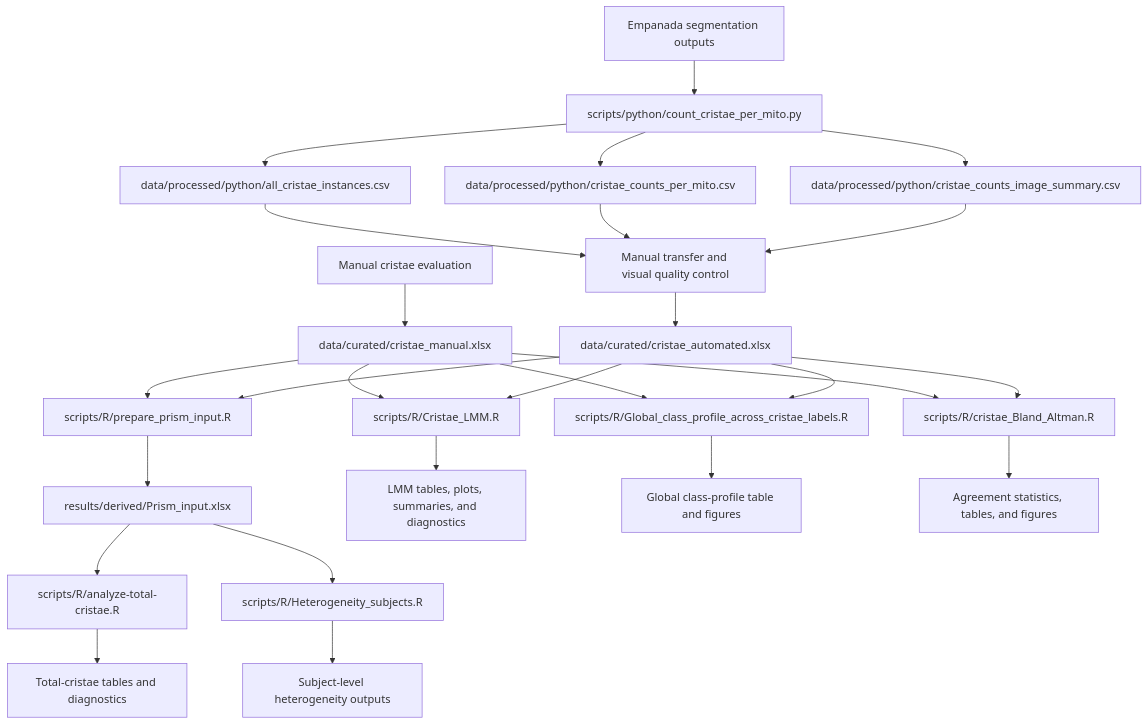
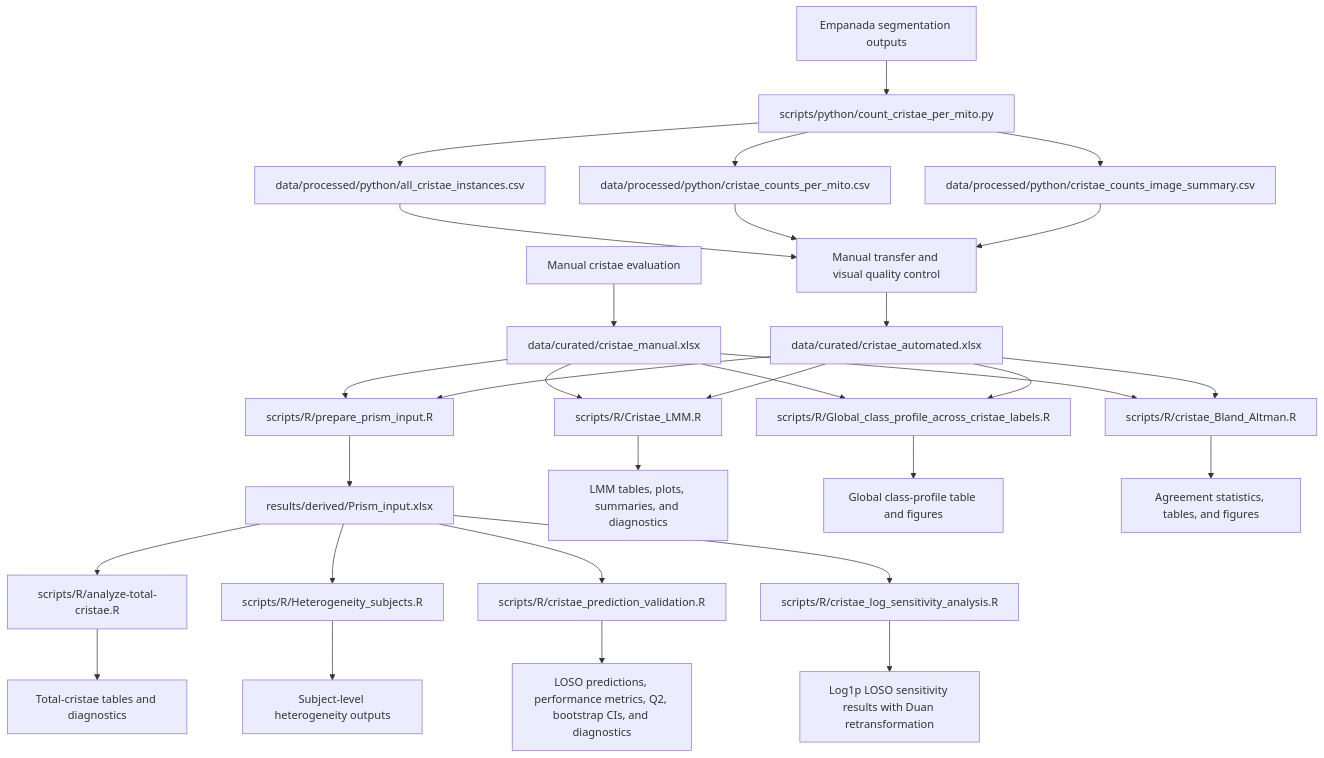
The diagram in README.md (nikolvolfova-web/Mitochondrial-Ultrastructure-Analysis), drawn with Mermaid before and after one commit. The commit also changed other lines of this file, not shown here.

Commit message:
Document predictive validation and sensitivity workflows

````diff
--- a/README.md
+++ b/README.md
@@ -76,36 +78,40 @@
 ```mermaid
 flowchart TD
     M1["Manual cristae evaluation"] --> M2["data/curated/cristae_manual.xlsx"]
 
     E1["Empanada segmentation outputs"] --> P["scripts/python/count_cristae_per_mito.py"]
     P --> C1["data/processed/python/all_cristae_instances.csv"]
     P --> C2["data/processed/python/cristae_counts_per_mito.csv"]
     P --> C3["data/processed/python/cristae_counts_image_summary.csv"]
 
     C1 --> Q["Manual transfer and visual quality control"]
     C2 --> Q
     C3 --> Q
     Q --> A["data/curated/cristae_automated.xlsx"]
 
     M2 --> PI["scripts/R/prepare_prism_input.R"]
     A --> PI
     PI --> PT["results/derived/Prism_input.xlsx"]
 
     PT --> T["scripts/R/analyze-total-cristae.R"]
     PT --> H["scripts/R/Heterogeneity_subjects.R"]
+    PT --> PV["scripts/R/cristae_prediction_validation.R"]
+    PT --> LS["scripts/R/cristae_log_sensitivity_analysis.R"]
 
     M2 --> LMM["scripts/R/Cristae_LMM.R"]
     A --> LMM
 
     M2 --> GCP["scripts/R/Global_class_profile_across_cristae_labels.R"]
     A --> GCP
 
     M2 --> BA["scripts/R/cristae_Bland_Altman.R"]
     A --> BA
 
     T --> O1["Total-cristae tables and diagnostics"]
     H --> O2["Subject-level heterogeneity outputs"]
-    LMM --> O3["LMM tables, plots, summaries, and diagnostics"]
-    GCP --> O4["Global class-profile table and figures"]
-    BA --> O5["Agreement statistics, tables, and figures"]
+    PV --> O3["LOSO predictions, performance metrics, Q2, bootstrap CIs, and diagnostics"]
+    LS --> O4["Log1p LOSO sensitivity results with Duan retransformation"]
+    LMM --> O5["LMM tables, plots, summaries, and diagnostics"]
+    GCP --> O6["Global class-profile table and figures"]
+    BA --> O7["Agreement statistics, tables, and figures"]
 ```
````
